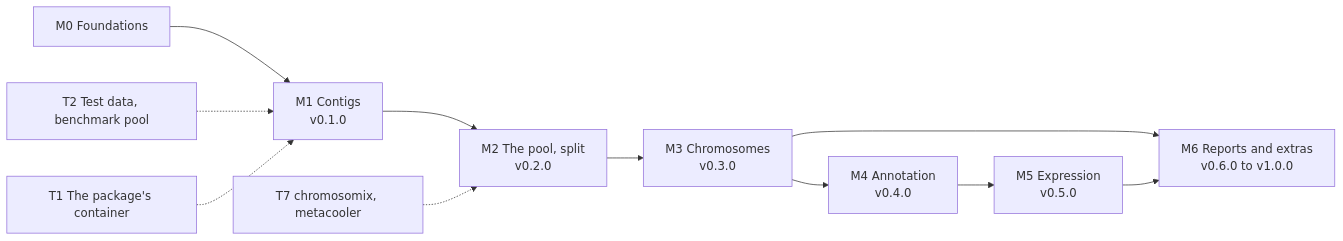
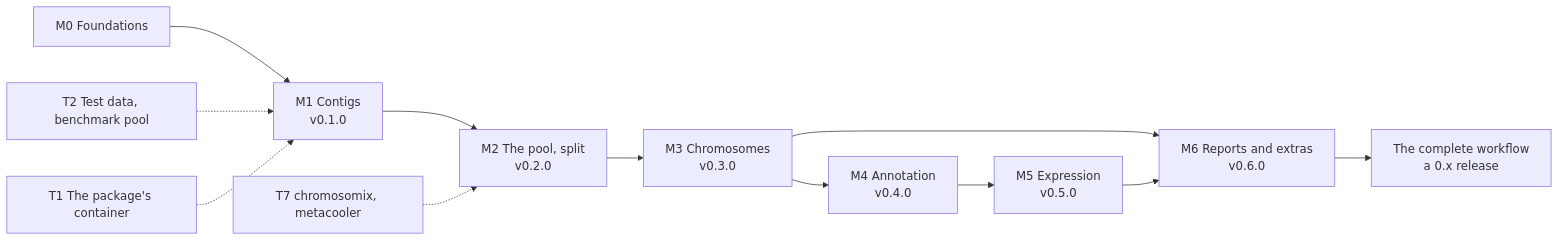
Before and after one commit to js2264/plexembler: the diagram in docs/plan.md, drawn with Mermaid. The commit also changed other lines of this file and 19 other files, not shown here.

````diff
--- a/docs/plan.md
+++ b/docs/plan.md
@@ -8,13 +8,14 @@
 ```mermaid
 flowchart LR
   M0[M0 Foundations] --> M1[M1 Contigs<br>v0.1.0]
   M1 --> M2[M2 The pool, split<br>v0.2.0]
   M2 --> M3[M3 Chromosomes<br>v0.3.0]
   M3 --> M4[M4 Annotation<br>v0.4.0]
   M4 --> M5[M5 Expression<br>v0.5.0]
-  M3 --> M6[M6 Reports and extras<br>v0.6.0 to v1.0.0]
+  M3 --> M6[M6 Reports and extras<br>v0.6.0]
   M5 --> M6
+  M6 --> C[The complete workflow<br>a 0.x release]
   T2[T2 Test data, benchmark pool] -.-> M1
   T1[T1 The package's container] -.-> M1
   T7[T7 chromosomix, metacooler] -.-> M2
 ```
````
